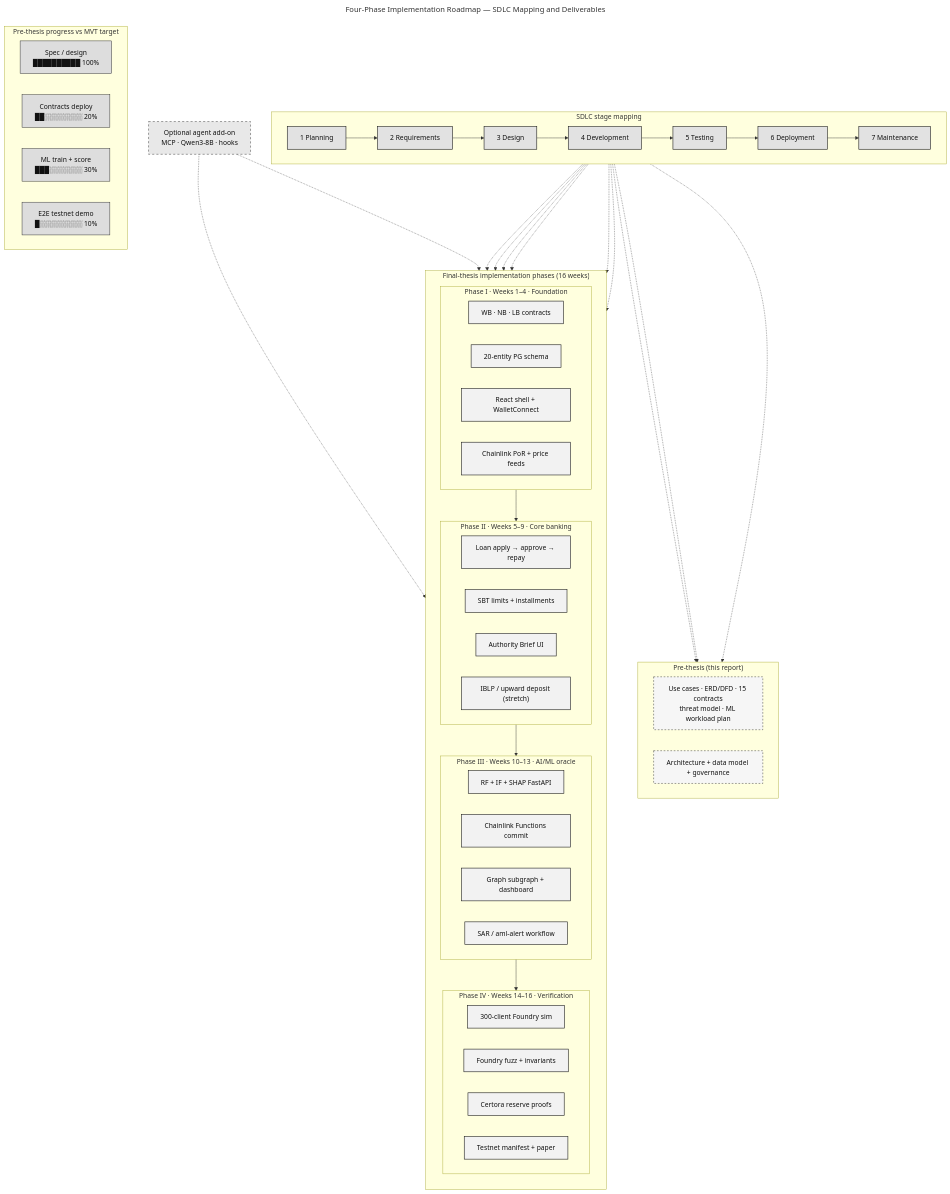
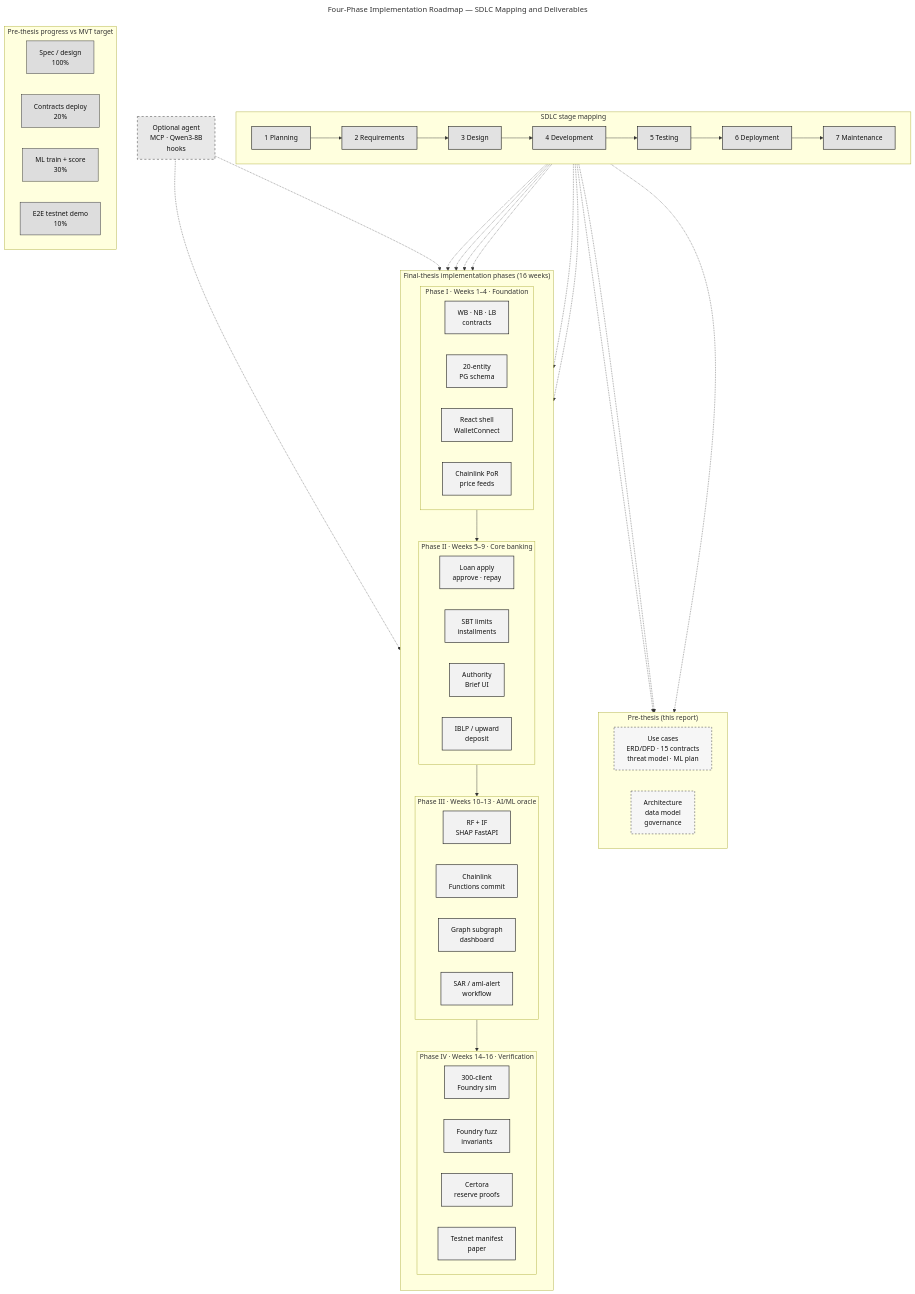
One commit to Yuvraajrahman/Cryto-World-Bank changed the diagram in Documentation/Diagrams/mermaid-src/improved diagrams/fig-phase-roadmap.mmd. Above: the diagram before and after it, drawn with Mermaid. The commit also changed 115 other files, not shown here.

Commit message:
updated and fixed diagrams

```diff
--- a/Documentation/Diagrams/mermaid-src/improved diagrams/fig-phase-roadmap.mmd
+++ b/Documentation/Diagrams/mermaid-src/improved diagrams/fig-phase-roadmap.mmd
@@ -1,84 +1,84 @@
 ---
 title: Four-Phase Implementation Roadmap — SDLC Mapping and Deliverables
 ---
 flowchart TB
     classDef sdlc fill:#E2E2E2,stroke:#1F1F1F,stroke-width:1.4px,color:#111111
     classDef pre fill:#F6F6F6,stroke:#1F1F1F,stroke-width:1px,color:#111111,stroke-dasharray:4 4
     classDef ph fill:#F2F2F2,stroke:#1F1F1F,stroke-width:1.4px,color:#111111
     classDef del fill:#FFFFFF,stroke:#1F1F1F,stroke-width:1px,color:#111111
     classDef opt fill:#E8E8E8,stroke:#1F1F1F,stroke-width:1px,color:#111111,stroke-dasharray:5 5
     classDef prog fill:#DDDDDD,stroke:#1F1F1F,stroke-width:1px,color:#111111
 
     subgraph SDLC[" SDLC stage mapping "]
         direction LR
         P1["1 Planning"]:::sdlc
         P2["2 Requirements"]:::sdlc
         P3["3 Design"]:::sdlc
         P4["4 Development"]:::sdlc
         P5["5 Testing"]:::sdlc
         P6["6 Deployment"]:::sdlc
         P7["7 Maintenance"]:::sdlc
         P1 --> P2 --> P3 --> P4 --> P5 --> P6 --> P7
     end
 
     subgraph PRE[" Pre-thesis (this report) "]
         direction LR
-        PR["Use cases · ERD/DFD · 15 contracts<br/>threat model · ML workload plan"]:::pre
-        PD["Architecture + data model + governance"]:::pre
+        PR["Use cases<br/>ERD/DFD · 15 contracts<br/>threat model · ML plan"]:::pre
+        PD["Architecture<br/>data model<br/>governance"]:::pre
     end
 
     P1 -.-> PR
     P2 -.-> PR
     P3 -.-> PD
 
     subgraph PHASES[" Final-thesis implementation phases (16 weeks) "]
         direction TB
         subgraph PH1[" Phase I · Weeks 1–4 · Foundation "]
             direction LR
-            I1["WB · NB · LB contracts"]:::ph
-            I2["20-entity PG schema"]:::ph
-            I3["React shell + WalletConnect"]:::ph
-            I4["Chainlink PoR + price feeds"]:::ph
+            I1["WB · NB · LB<br/>contracts"]:::ph
+            I2["20-entity<br/>PG schema"]:::ph
+            I3["React shell<br/>WalletConnect"]:::ph
+            I4["Chainlink PoR<br/>price feeds"]:::ph
         end
         subgraph PH2[" Phase II · Weeks 5–9 · Core banking "]
             direction LR
-            II1["Loan apply → approve → repay"]:::ph
-            II2["SBT limits + installments"]:::ph
-            II3["Authority Brief UI"]:::ph
-            II4["IBLP / upward deposit (stretch)"]:::ph
+            II1["Loan apply<br/>approve · repay"]:::ph
+            II2["SBT limits<br/>installments"]:::ph
+            II3["Authority<br/>Brief UI"]:::ph
+            II4["IBLP / upward<br/>deposit"]:::ph
         end
         subgraph PH3[" Phase III · Weeks 10–13 · AI/ML oracle "]
             direction LR
-            III1["RF + IF + SHAP FastAPI"]:::ph
-            III2["Chainlink Functions commit"]:::ph
-            III3["Graph subgraph + dashboard"]:::ph
-            III4["SAR / aml-alert workflow"]:::ph
+            III1["RF + IF<br/>SHAP FastAPI"]:::ph
+            III2["Chainlink<br/>Functions commit"]:::ph
+            III3["Graph subgraph<br/>dashboard"]:::ph
+            III4["SAR / aml-alert<br/>workflow"]:::ph
         end
         subgraph PH4[" Phase IV · Weeks 14–16 · Verification "]
             direction LR
-            IV1["300-client Foundry sim"]:::ph
-            IV2["Foundry fuzz + invariants"]:::ph
-            IV3["Certora reserve proofs"]:::ph
-            IV4["Testnet manifest + paper"]:::ph
+            IV1["300-client<br/>Foundry sim"]:::ph
+            IV2["Foundry fuzz<br/>invariants"]:::ph
+            IV3["Certora<br/>reserve proofs"]:::ph
+            IV4["Testnet manifest<br/>paper"]:::ph
         end
         PH1 --> PH2 --> PH3 --> PH4
     end
 
     P4 -.-> PH1
     P4 -.-> PH2
     P4 -.-> PH3
     P5 -.-> PH4
     P6 -.-> PH4
     P7 -.-> IV4
 
-    AGT["Optional agent add-on<br/>MCP · Qwen3-8B · hooks"]:::opt
+    AGT["Optional agent<br/>MCP · Qwen3-8B<br/>hooks"]:::opt
     AGT -.-> PH3
     AGT -.-> PH4
 
     subgraph PROG[" Pre-thesis progress vs MVT target "]
         direction LR
-        G1["Spec / design<br/>██████████ 100%"]:::prog
-        G2["Contracts deploy<br/>██░░░░░░░░ 20%"]:::prog
-        G3["ML train + score<br/>███░░░░░░░ 30%"]:::prog
-        G4["E2E testnet demo<br/>█░░░░░░░░░ 10%"]:::prog
+        G1["Spec / design<br/>100%"]:::prog
+        G2["Contracts deploy<br/>20%"]:::prog
+        G3["ML train + score<br/>30%"]:::prog
+        G4["E2E testnet demo<br/>10%"]:::prog
     end
```
